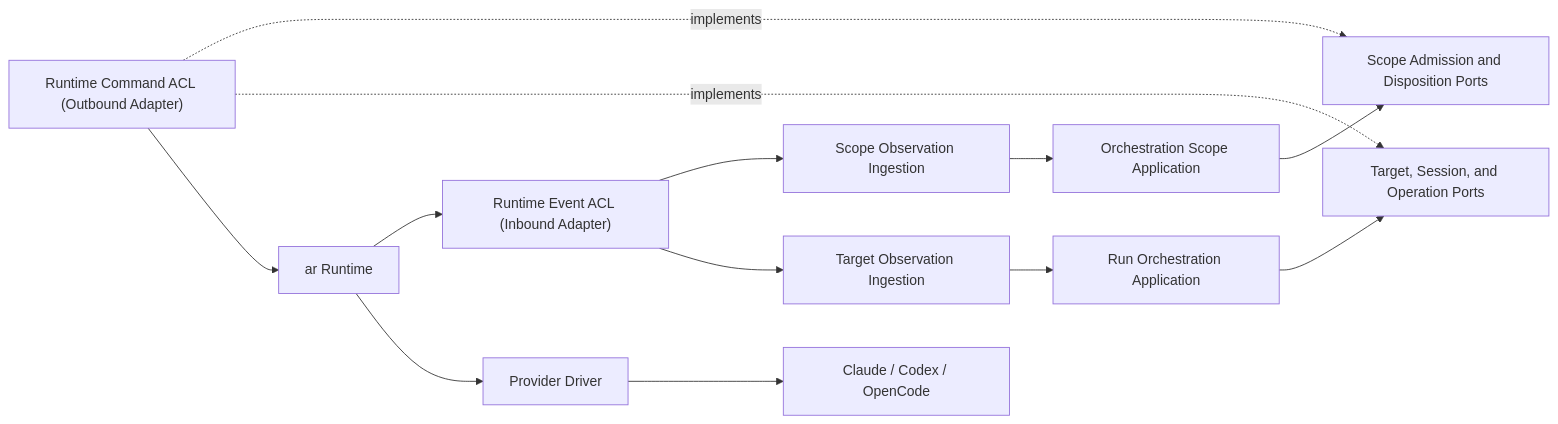
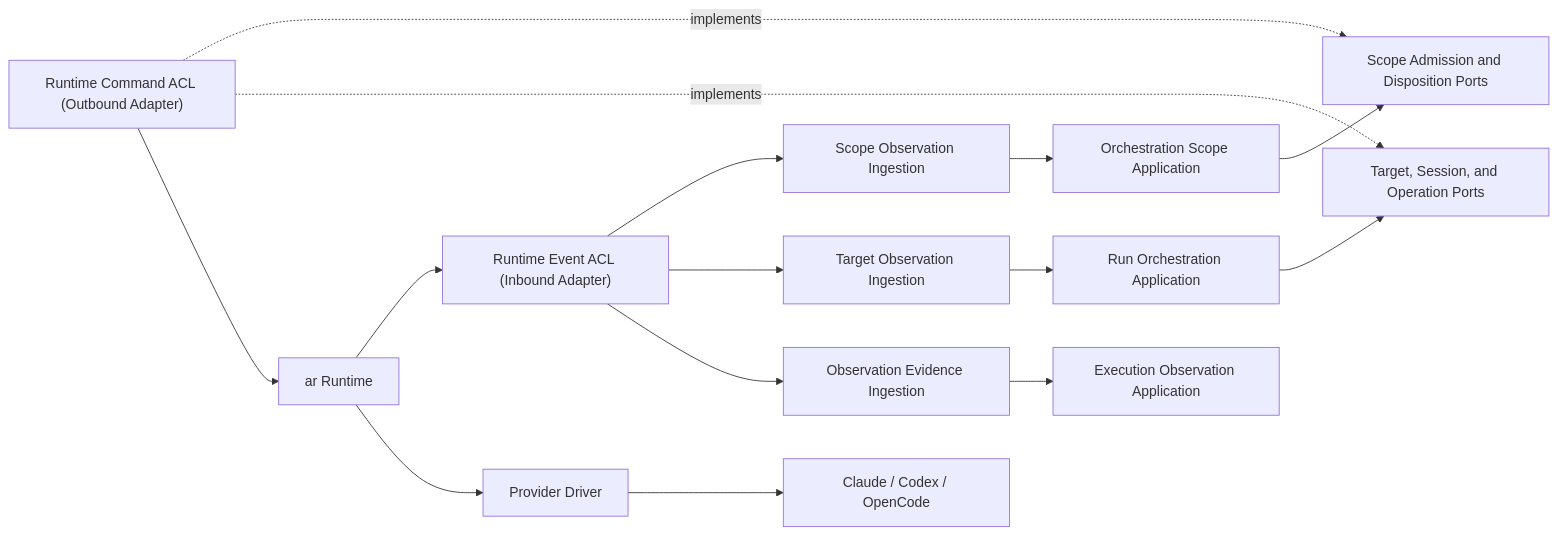
Before and after one commit to agent-teams-ai/agent-teams-orchestrator: the diagram in docs/architecture/runtime-boundary.md, drawn with Mermaid. The commit also changed other lines of this file and 72 other files, not shown here.

First line of the commit message:
feat(architecture): define MVP-1 deployment and observation contracts (#32)

````diff
--- a/docs/architecture/runtime-boundary.md
+++ b/docs/architecture/runtime-boundary.md
@@ -35,25 +37,28 @@
 ```mermaid
 flowchart LR
     Scope["Orchestration Scope Application"]
     Run["Run Orchestration Application"]
+    Observation["Execution Observation Application"]
     ScopePorts["Scope Admission and Disposition Ports"]
     RunPorts["Target, Session, and Operation Ports"]
     OutACL["Runtime Command ACL (Outbound Adapter)"]
     InACL["Runtime Event ACL (Inbound Adapter)"]
     ScopeIn["Scope Observation Ingestion"]
     RunIn["Target Observation Ingestion"]
+    EvidenceIn["Observation Evidence Ingestion"]
     AR["ar Runtime"]
     Driver["Provider Driver"]
     Provider["Claude / Codex / OpenCode"]
 
     Scope --> ScopePorts
     Run --> RunPorts
     OutACL -. "implements" .-> ScopePorts
     OutACL -. "implements" .-> RunPorts
     OutACL --> AR
     AR --> InACL
     InACL --> ScopeIn --> Scope
     InACL --> RunIn --> Run
+    InACL --> EvidenceIn --> Observation
     AR --> Driver
     Driver --> Provider
 ```
````
